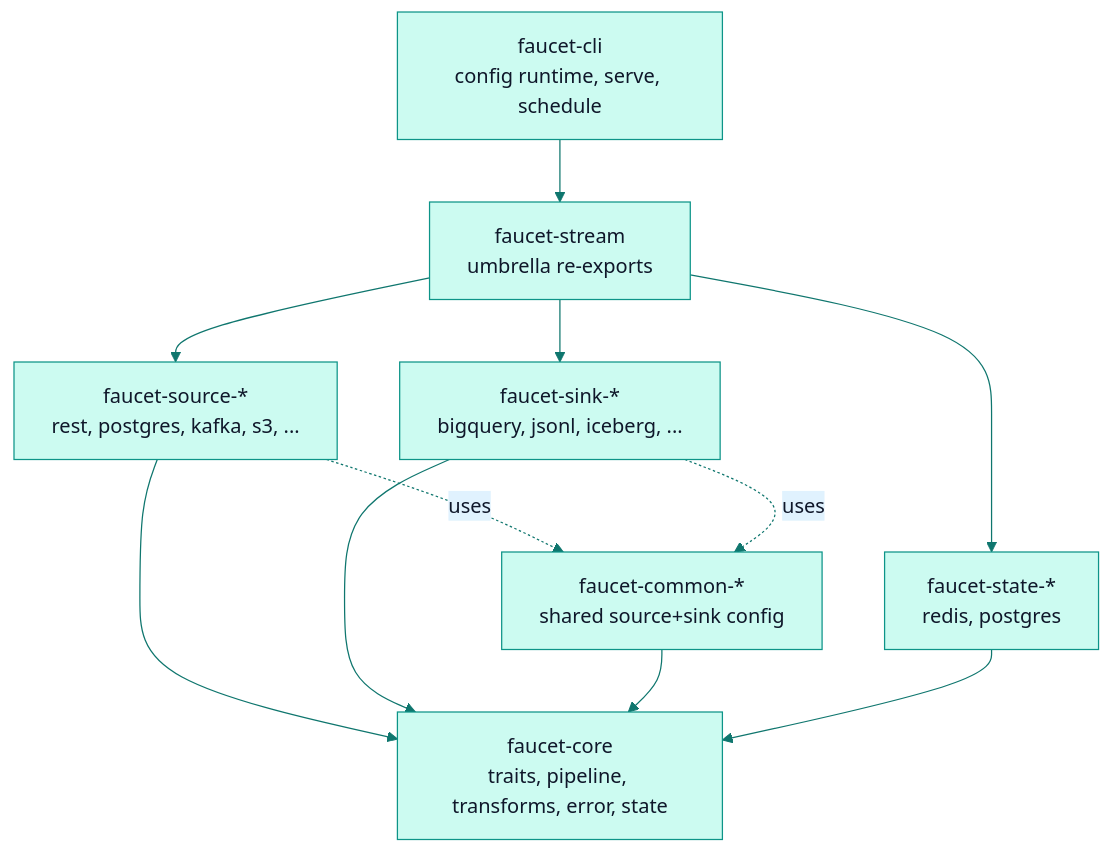
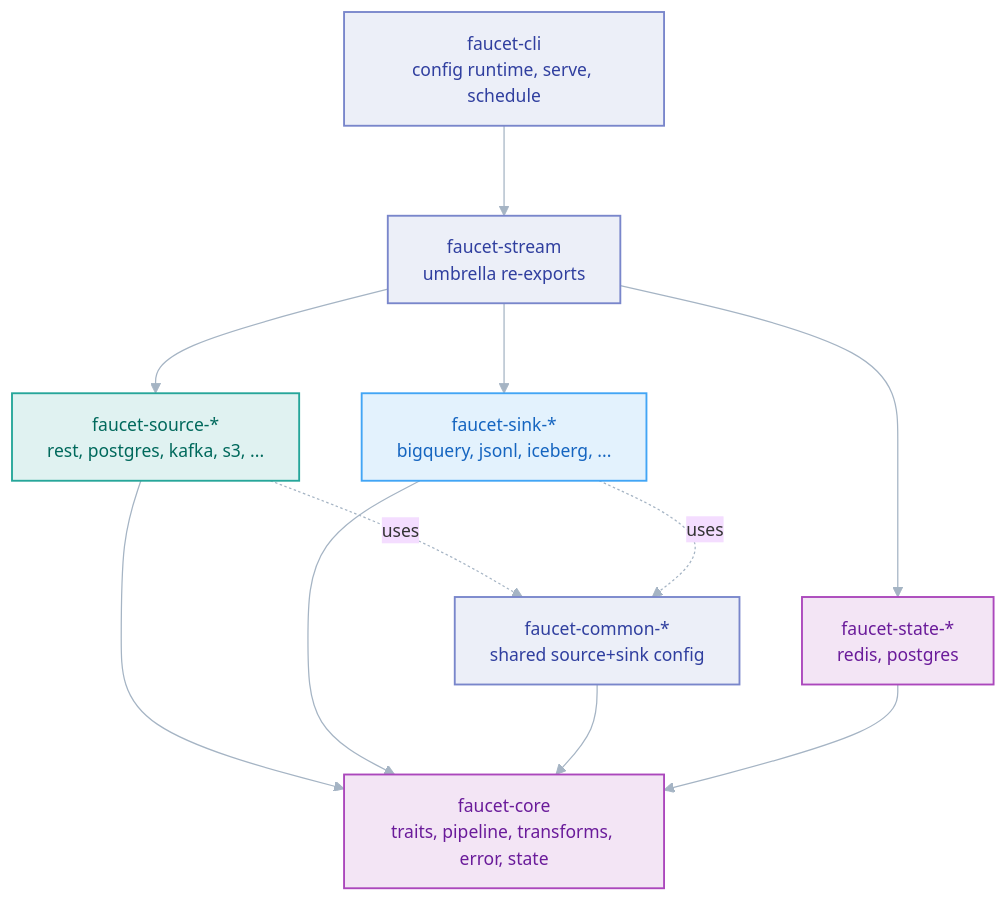
Before and after one commit to PawanSikawat/faucet-stream: the second of 2 diagrams in docs/architecture/overview.md, drawn with Mermaid. The commit also changed other lines of this file and 28 other files, not shown here.

First line of the commit message:
docs: upgrade Mermaid diagrams to V2 role-coded style

````diff
--- a/docs/architecture/overview.md
+++ b/docs/architecture/overview.md
@@ -51,20 +59,28 @@
 ```mermaid
-%%{init: {'theme':'base','themeVariables':{'primaryColor':'#ccfbf1','primaryTextColor':'#0f172a','primaryBorderColor':'#0d9488','lineColor':'#0f766e','secondaryColor':'#e0f2fe','tertiaryColor':'#f0fdfa','fontFamily':'-apple-system,BlinkMacSystemFont,Segoe UI,sans-serif'}}}%%
+%%{init: {'theme':'base','flowchart':{'curve':'basis','nodeSpacing':50,'rankSpacing':72,'padding':14},'themeVariables':{'fontFamily':'-apple-system,BlinkMacSystemFont,Segoe UI,sans-serif','fontSize':'14px','lineColor':'#a5b4c4','clusterBkg':'#f8fafc','clusterBorder':'#e2e8f0'}}}%%
 flowchart TD
     CORE[faucet-core<br/>traits, pipeline, transforms, error, state]
     SRC[faucet-source-*<br/>rest, postgres, kafka, s3, ...]
     SNK[faucet-sink-*<br/>bigquery, jsonl, iceberg, ...]
     CMN[faucet-common-*<br/>shared source+sink config]
     STATE[faucet-state-*<br/>redis, postgres]
     UMB[faucet-stream<br/>umbrella re-exports]
     CLI[faucet-cli<br/>config runtime, serve, schedule]
 
     SRC --> CORE
     SNK --> CORE
     CMN --> CORE
     STATE --> CORE
     SRC -.uses.-> CMN
     SNK -.uses.-> CMN
     UMB --> SRC & SNK & STATE
     CLI --> UMB
+    classDef src fill:#e0f2f1,stroke:#26a69a,stroke-width:1.5px,color:#00695c
+    classDef proc fill:#eceff8,stroke:#7986cb,stroke-width:1.5px,color:#303f9f
+    classDef store fill:#f3e5f5,stroke:#ab47bc,stroke-width:1.5px,color:#6a1b9a
+    classDef sink fill:#e3f2fd,stroke:#42a5f5,stroke-width:1.5px,color:#1565c0
+    class SRC src
+    class CMN,UMB,CLI proc
+    class CORE,STATE store
+    class SNK sink
 ```
````
